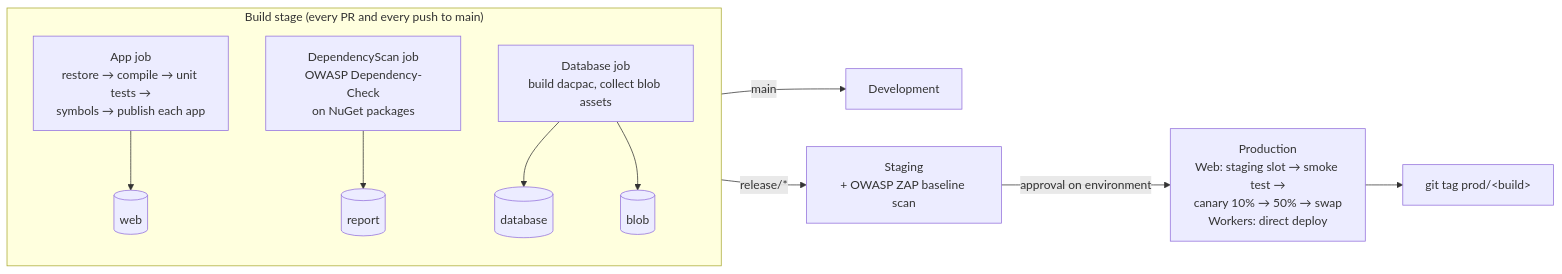
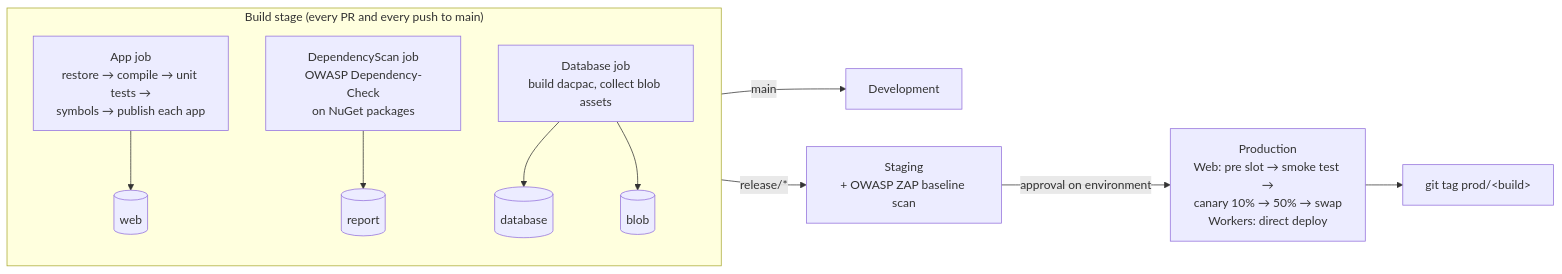
Before and after one commit to VitaliiDruchkovskyi/test: the diagram in docs/pipeline/README.md, drawn with Mermaid. The commit also changed other lines of this file and 7 other files, not shown here.

First line of the commit message:
ci(deploy): rename production slot from staging to pre

````diff
--- a/docs/pipeline/README.md
+++ b/docs/pipeline/README.md
@@ -23,14 +23,14 @@
 ```mermaid
 flowchart LR
   subgraph Build["Build stage (every PR and every push to main)"]
     direction TB
     A["App job<br/>restore → compile → unit tests →<br/>symbols → publish each app"] --> W[(web)]
     S["DependencyScan job<br/>OWASP Dependency-Check<br/>on NuGet packages"] --> R[(report)]
     D["Database job<br/>build dacpac, collect blob assets"] --> DB[(database)]
     D --> B[(blob)]
   end
   Build -->|main| Dev[Development]
   Build -->|release/*| Stg["Staging<br/>+ OWASP ZAP baseline scan"]
-  Stg -->|approval on environment| Prod["Production<br/>Web: staging slot → smoke test →<br/>canary 10% → 50% → swap<br/>Workers: direct deploy"]
+  Stg -->|approval on environment| Prod["Production<br/>Web: pre slot → smoke test →<br/>canary 10% → 50% → swap<br/>Workers: direct deploy"]
   Prod --> Tag["git tag prod/&lt;build&gt;"]
 ```
````
